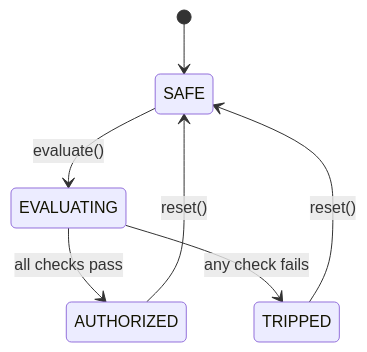
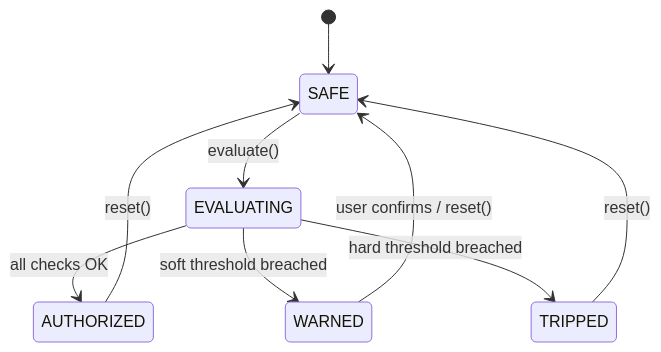
The second of 2 diagrams in architecture.md (PV-J/fraud-watchdog), drawn with Mermaid before and after one commit. The commit also changed other lines of this file, not shown here.

Commit message:
State and Threshold addition

````diff
--- a/architecture.md
+++ b/architecture.md
@@ -83,9 +96,11 @@
 ```mermaid
 stateDiagram-v2
     [*] --> SAFE
     SAFE --> EVALUATING : evaluate()
-    EVALUATING --> AUTHORIZED : all checks pass
-    EVALUATING --> TRIPPED : any check fails
+    EVALUATING --> AUTHORIZED : all checks OK
+    EVALUATING --> WARNED : soft threshold breached
+    EVALUATING --> TRIPPED : hard threshold breached
     AUTHORIZED --> SAFE : reset()
+    WARNED --> SAFE : user confirms / reset()
     TRIPPED --> SAFE : reset()
 ```
````
